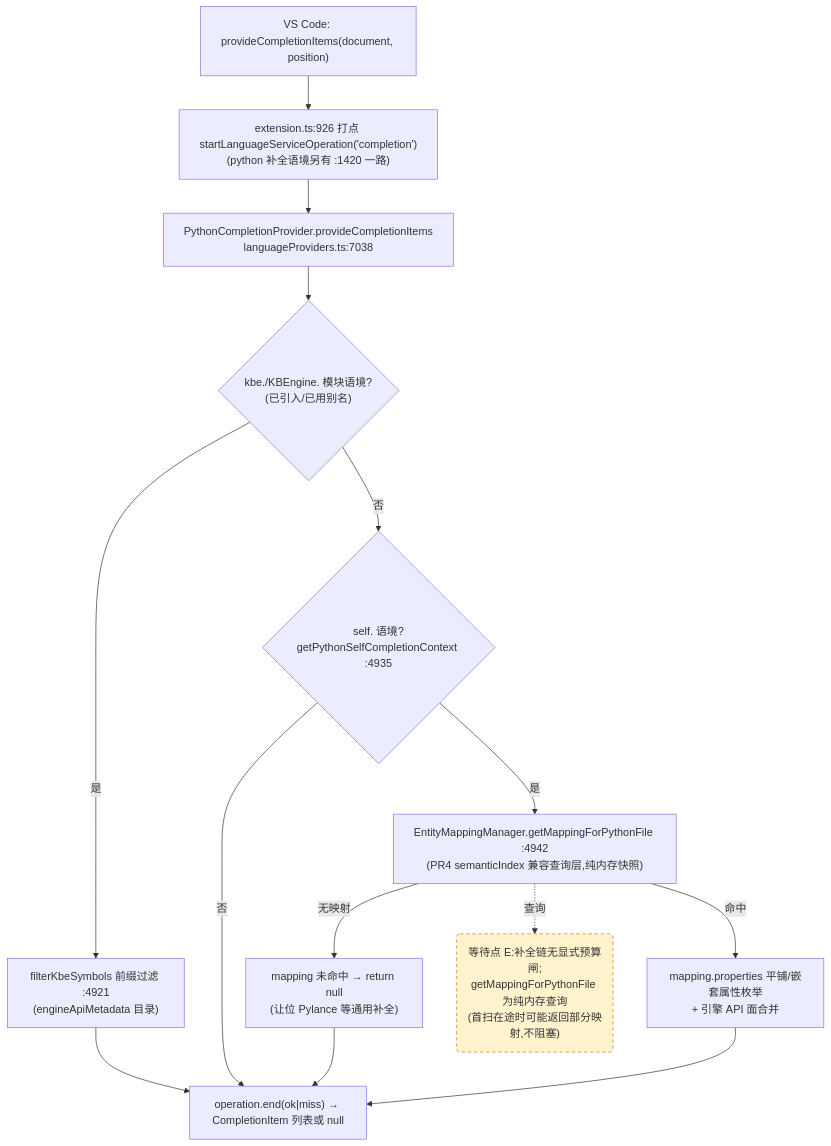
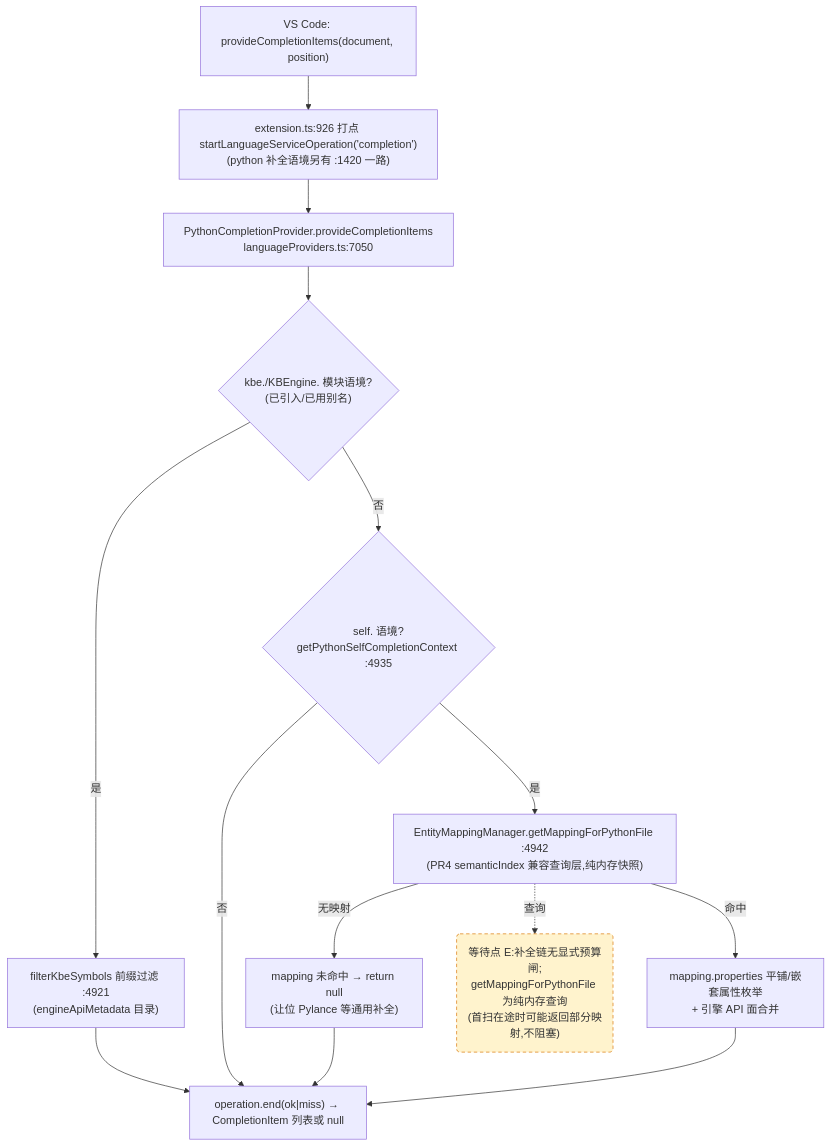
The third of 4 diagrams in docs/perf/2026-baseline.md (cuihairu/kode), drawn with Mermaid before and after one commit. The commit also changed other lines of this file and 5 other files, not shown here.

````diff
--- a/docs/perf/2026-baseline.md
+++ b/docs/perf/2026-baseline.md
@@ -184,27 +184,27 @@
 ```mermaid
 flowchart TD
   VC3["VS Code: provideCompletionItems(document, position)"]
   M3["extension.ts:926 打点 startLanguageServiceOperation('completion')<br/>(python 补全语境另有 :1420 一路)"]
-  CP["PythonCompletionProvider.provideCompletionItems<br/>languageProviders.ts:7038"]
+  CP["PythonCompletionProvider.provideCompletionItems<br/>languageProviders.ts:7050"]
   KBEC{"kbe./KBEngine. 模块语境?<br/>(已引入/已用别名)"}
   FILTER["filterKbeSymbols 前缀过滤 :4921<br/>(engineApiMetadata 目录)"]
   SELFC{"self. 语境?<br/>getPythonSelfCompletionContext :4935"}
   MAP["EntityMappingManager.getMappingForPythonFile :4942<br/>(PR4 semanticIndex 兼容查询层,纯内存快照)"]
   NOMAP["mapping 未命中 → return null<br/>(让位 Pylance 等通用补全)"]
   PROPS["mapping.properties 平铺/嵌套属性枚举<br/>+ 引擎 API 面合并"]
   END3["operation.end(ok|miss) → CompletionItem 列表或 null"]
 
   VC3 --> M3 --> CP --> KBEC
   KBEC -- "是" --> FILTER --> END3
   KBEC -- "否" --> SELFC
   SELFC -- "否" --> END3
   SELFC -- "是" --> MAP
   MAP -- "无映射" --> NOMAP --> END3
   MAP -- "命中" --> PROPS --> END3
 
   WAITE("等待点 E:补全链无显式预算闸;<br/>getMappingForPythonFile 为纯内存查询<br/>(首扫在途时可能返回部分映射,不阻塞)")
   MAP -.->|查询| WAITE
 
   classDef waitPoint fill:#fff3cd,stroke:#d97706,stroke-dasharray:5 4;
   class WAITE waitPoint;
 ```
````
